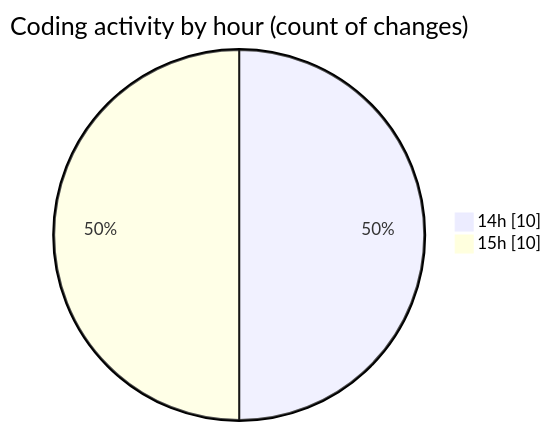
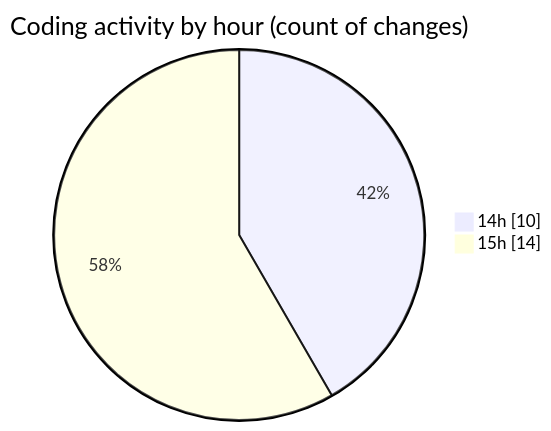
The second of 2 diagrams in 2025-09-11/nxtqube_webapp/README.md (nxtqubesakshisongat/code-tracking), drawn with Mermaid before and after one commit. The commit also changed other lines of this file and 1 other file, not shown here.

````diff
--- a/2025-09-11/nxtqube_webapp/README.md
+++ b/2025-09-11/nxtqube_webapp/README.md
@@ -32,6 +33,6 @@
 ```mermaid
 pie showData
 title Coding activity by hour (count of changes)
 "14h" : 10
-"15h" : 10
+"15h" : 14
 ```
````
